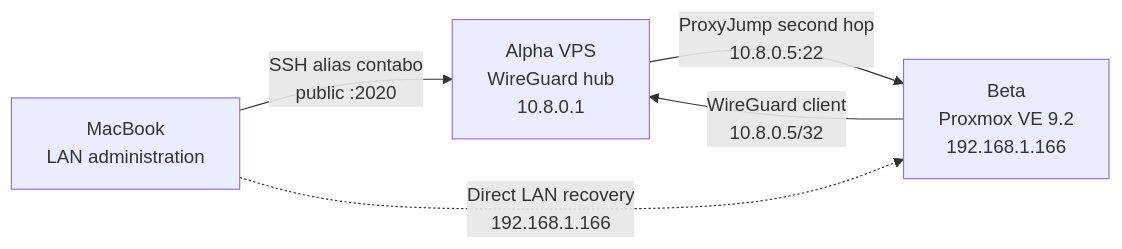
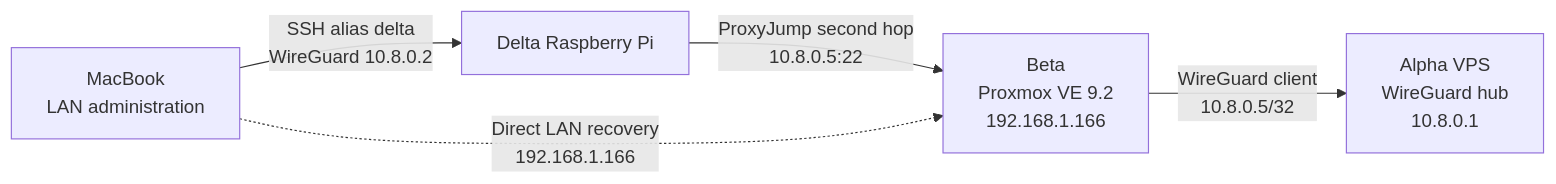
One commit to Manuel0516/zero-five-handbook changed the diagram in content/docs/laptop-beta/index.mdx. Above: the diagram before and after it, drawn with Mermaid. The commit also changed other lines of this file and 13 other files, not shown here.

Commit message:
Document Delta-based SSH and Wake-on-LAN

````diff
--- a/content/docs/laptop-beta/index.mdx
+++ b/content/docs/laptop-beta/index.mdx
@@ -13,11 +13,11 @@
 ```mermaid
 flowchart LR
     mac["MacBook<br/>LAN administration"]
     beta["Beta<br/>Proxmox VE 9.2<br/>192.168.1.166"]
     alpha["Alpha VPS<br/>WireGuard hub<br/>10.8.0.1"]
 
-    mac -->|"SSH alias contabo<br/>public :2020"| alpha
-    alpha -->|"ProxyJump second hop<br/>10.8.0.5:22"| beta
+    mac -->|"SSH alias delta<br/>WireGuard 10.8.0.2"| delta["Delta Raspberry Pi"]
+    delta -->|"ProxyJump second hop<br/>10.8.0.5:22"| beta
     beta -->|"WireGuard client<br/>10.8.0.5/32"| alpha
     mac -. "Direct LAN recovery<br/>192.168.1.166" .-> beta
 ```
````
